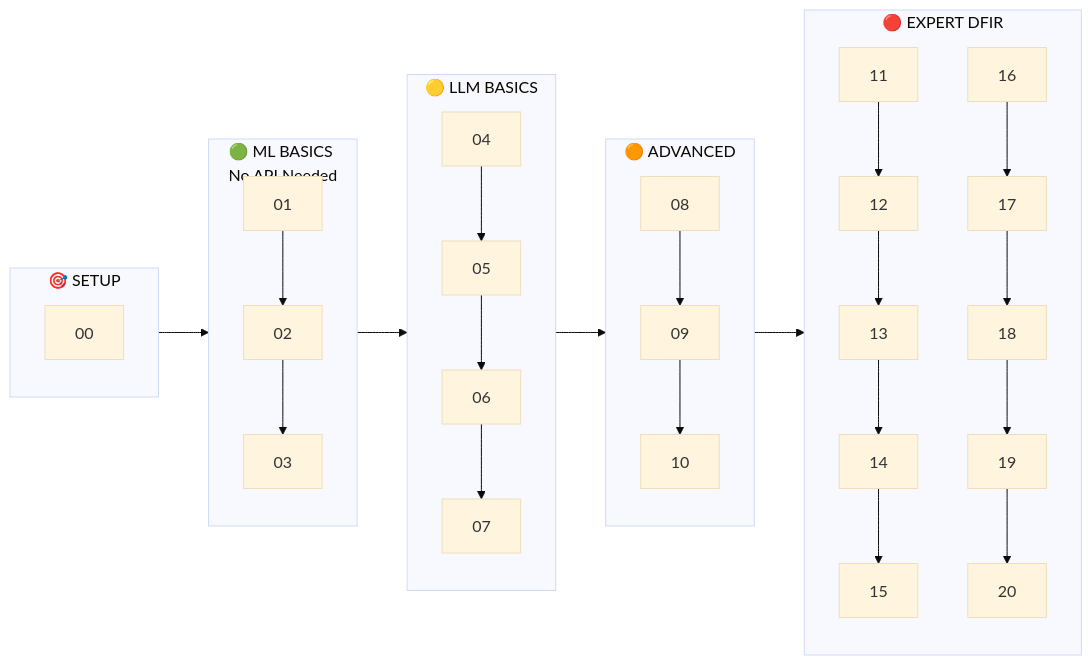
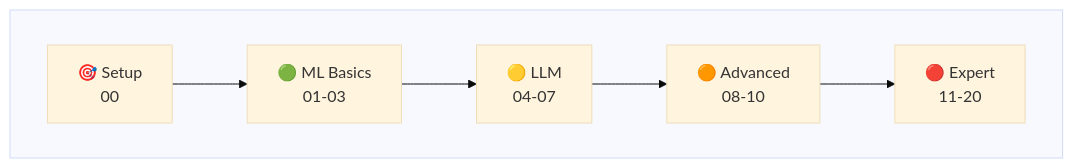
Before and after one commit to olumayy/ai_x_security: the diagram in README.md, drawn with Mermaid (base theme).

Commit message:
fix: Simplify Mermaid diagram layout in README (#89)
- Simplified the flowchart to a clean horizontal progression
- Removed complex nested subgraphs that caused cluttered rendering
- Now shows: Setup → ML Basics → LLM → Advanced → Expert

🤖 Generated with [Claude Code](https://claude.com/claude-code)

````diff
--- a/README.md
+++ b/README.md
@@ -66,25 +66,7 @@
 ```mermaid
 flowchart LR
-    subgraph SETUP["🎯 SETUP"]
-        L00[00]
+    subgraph S[" "]
+        direction LR
+        A["🎯 Setup<br/>00"] --> B["🟢 ML Basics<br/>01-03"] --> C["🟡 LLM<br/>04-07"] --> D["🟠 Advanced<br/>08-10"] --> E["🔴 Expert<br/>11-20"]
     end
-
-    subgraph ML["🟢 ML BASICS<br/>No API Needed"]
-        L01[01] --> L02[02] --> L03[03]
-    end
-
-    subgraph LLM["🟡 LLM BASICS"]
-        L04[04] --> L05[05] --> L06[06] --> L07[07]
-    end
-
-    subgraph ADV["🟠 ADVANCED"]
-        L08[08] --> L09[09] --> L10[10]
-    end
-
-    subgraph EXPERT["🔴 EXPERT DFIR"]
-        L11[11] --> L12[12] --> L13[13] --> L14[14] --> L15[15]
-        L16[16] --> L17[17] --> L18[18] --> L19[19] --> L20[20]
-    end
-
-    SETUP --> ML --> LLM --> ADV --> EXPERT
 ```
````
